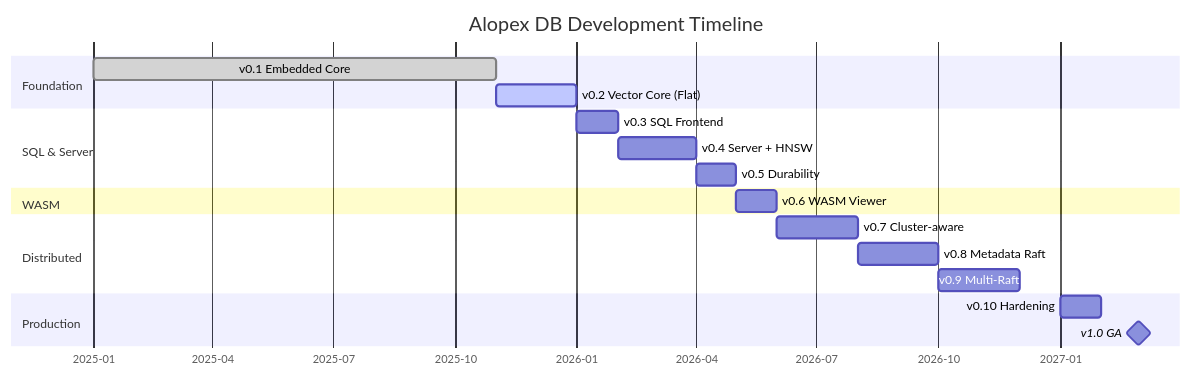
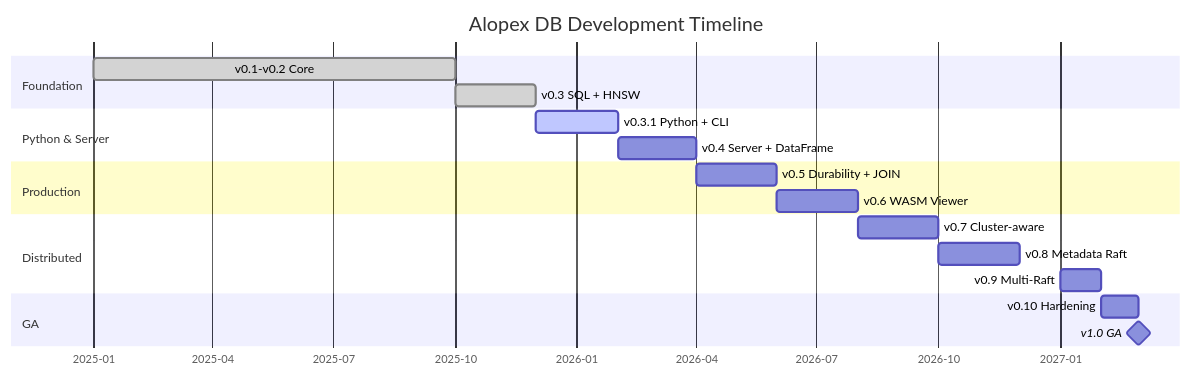
One commit to alopex-db/alopex-db.github.io changed the diagram in docs/roadmap.md. Above: the diagram before and after it, drawn with Mermaid. The commit also changed other lines of this file and 9 other files, not shown here.

First line of the commit message:
Update roadmap and documentation for Alopex DB v0.3 release

````diff
--- a/docs/roadmap.md
+++ b/docs/roadmap.md
@@ -18,27 +22,27 @@
 ```mermaid
 gantt
     title Alopex DB Development Timeline
     dateFormat  YYYY-MM
     axisFormat  %Y-%m
 
     section Foundation
-    v0.1 Embedded Core       :done, 2025-01, 2025-11
-    v0.2 Vector Core (Flat)  :active, 2025-11, 2026-01
+    v0.1-v0.2 Core          :done, 2025-01, 2025-10
+    v0.3 SQL + HNSW         :done, 2025-10, 2025-12
 
-    section SQL & Server
-    v0.3 SQL Frontend        :2026-01, 2026-02
-    v0.4 Server + HNSW       :2026-02, 2026-04
-    v0.5 Durability          :2026-04, 2026-05
+    section Python & Server
+    v0.3.1 Python + CLI     :active, 2025-12, 2026-02
+    v0.4 Server + DataFrame :2026-02, 2026-04
 
-    section WASM
-    v0.6 WASM Viewer         :2026-05, 2026-06
+    section Production
+    v0.5 Durability + JOIN  :2026-04, 2026-06
+    v0.6 WASM Viewer        :2026-06, 2026-08
 
     section Distributed
-    v0.7 Cluster-aware       :2026-06, 2026-08
-    v0.8 Metadata Raft       :2026-08, 2026-10
-    v0.9 Multi-Raft          :2026-10, 2026-12
+    v0.7 Cluster-aware      :2026-08, 2026-10
+    v0.8 Metadata Raft      :2026-10, 2026-12
+    v0.9 Multi-Raft         :2027-01, 2027-02
 
-    section Production
-    v0.10 Hardening          :2027-01, 2027-02
-    v1.0 GA                  :milestone, 2027-03, 0d
+    section GA
+    v0.10 Hardening         :2027-02, 2027-03
+    v1.0 GA                 :milestone, 2027-03, 0d
 ```
````
